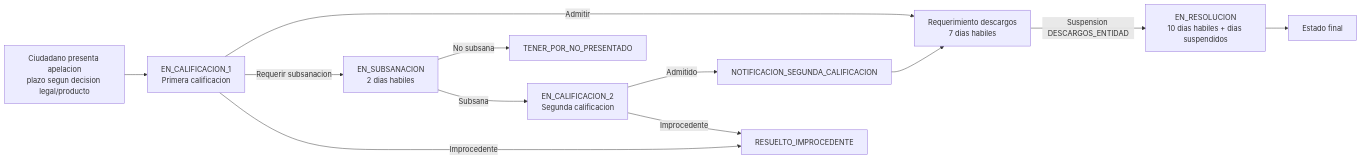
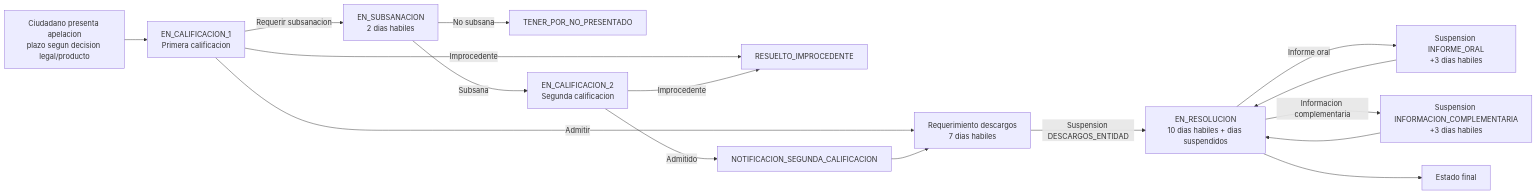
Before and after one commit to transparenciapublicadev/plataforma-saip-apelaciones: the diagram in docs/src/content/docs/dominio/reglas-ttaip.mdx, drawn with Mermaid. The commit also changed other lines of this file and 3 other files, not shown here.

````diff
--- a/docs/src/content/docs/dominio/reglas-ttaip.mdx
+++ b/docs/src/content/docs/dominio/reglas-ttaip.mdx
@@ -20,14 +20,18 @@
 ```mermaid
 flowchart LR
     A["Ciudadano presenta apelacion\nplazo segun decision legal/producto"] --> B["EN_CALIFICACION_1\nPrimera calificacion"]
     B -->|Admitir| H["Requerimiento descargos\n7 dias habiles"]
     B -->|Requerir subsanacion| D["EN_SUBSANACION\n2 dias habiles"]
     B -->|Improcedente| X["RESUELTO_IMPROCEDENTE"]
     D -->|No subsana| Y["TENER_POR_NO_PRESENTADO"]
     D -->|Subsana| C
     C["EN_CALIFICACION_2\nSegunda calificacion"] -->|Admitido| E["NOTIFICACION_SEGUNDA_CALIFICACION"]
     C -->|Improcedente| X
     E --> H
     H -->|Suspension DESCARGOS_ENTIDAD| F["EN_RESOLUCION\n10 dias habiles + dias suspendidos"]
+    F -->|Informe oral| I["Suspension INFORME_ORAL\n+3 dias habiles"]
+    F -->|Informacion complementaria| J["Suspension INFORMACION_COMPLEMENTARIA\n+3 dias habiles"]
+    I --> F
+    J --> F
     F --> G["Estado final"]
 ```
````
